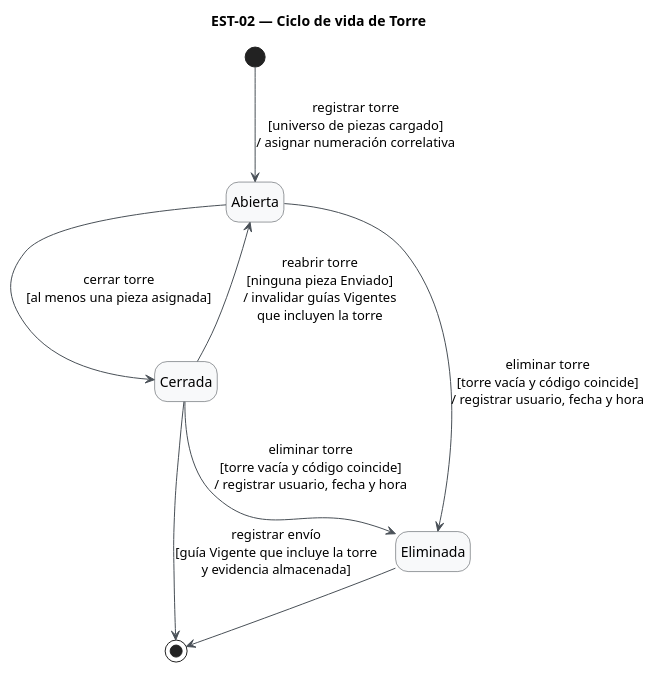
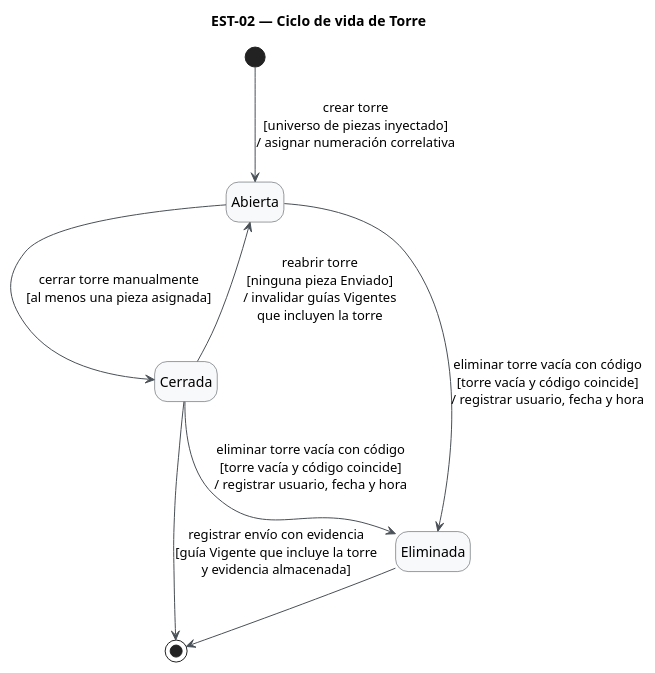
One commit to Foyzen-Kaze/snapsip changed the diagram in diagramas/est-02.puml. Above: the diagram before and after it, drawn with PlantUML.

```diff
--- a/diagramas/est-02.puml
+++ b/diagramas/est-02.puml
@@ -1,20 +1,20 @@
 @startuml est-02
 title EST-02 — Ciclo de vida de Torre
 hide empty description
 skinparam shadowing false
 skinparam state {
   BackgroundColor #F8F9FA
   BorderColor #343A40
   ArrowColor #495057
   StartColor #343A40
   EndColor #343A40
 }
 
-[*] --> Abierta : registrar torre\n[universo de piezas cargado]\n/ asignar numeración correlativa
-Abierta --> Cerrada : cerrar torre\n[al menos una pieza asignada]
+[*] --> Abierta : crear torre\n[universo de piezas inyectado]\n/ asignar numeración correlativa
+Abierta --> Cerrada : cerrar torre manualmente\n[al menos una pieza asignada]
 Cerrada --> Abierta : reabrir torre\n[ninguna pieza Enviado]\n/ invalidar guías Vigentes\nque incluyen la torre
-Abierta --> Eliminada : eliminar torre\n[torre vacía y código coincide]\n/ registrar usuario, fecha y hora
-Cerrada --> Eliminada : eliminar torre\n[torre vacía y código coincide]\n/ registrar usuario, fecha y hora
-Cerrada --> [*] : registrar envío\n[guía Vigente que incluye la torre\ny evidencia almacenada]
+Abierta --> Eliminada : eliminar torre vacía con código\n[torre vacía y código coincide]\n/ registrar usuario, fecha y hora
+Cerrada --> Eliminada : eliminar torre vacía con código\n[torre vacía y código coincide]\n/ registrar usuario, fecha y hora
+Cerrada --> [*] : registrar envío con evidencia\n[guía Vigente que incluye la torre\ny evidencia almacenada]
 Eliminada --> [*]
 @enduml
```
